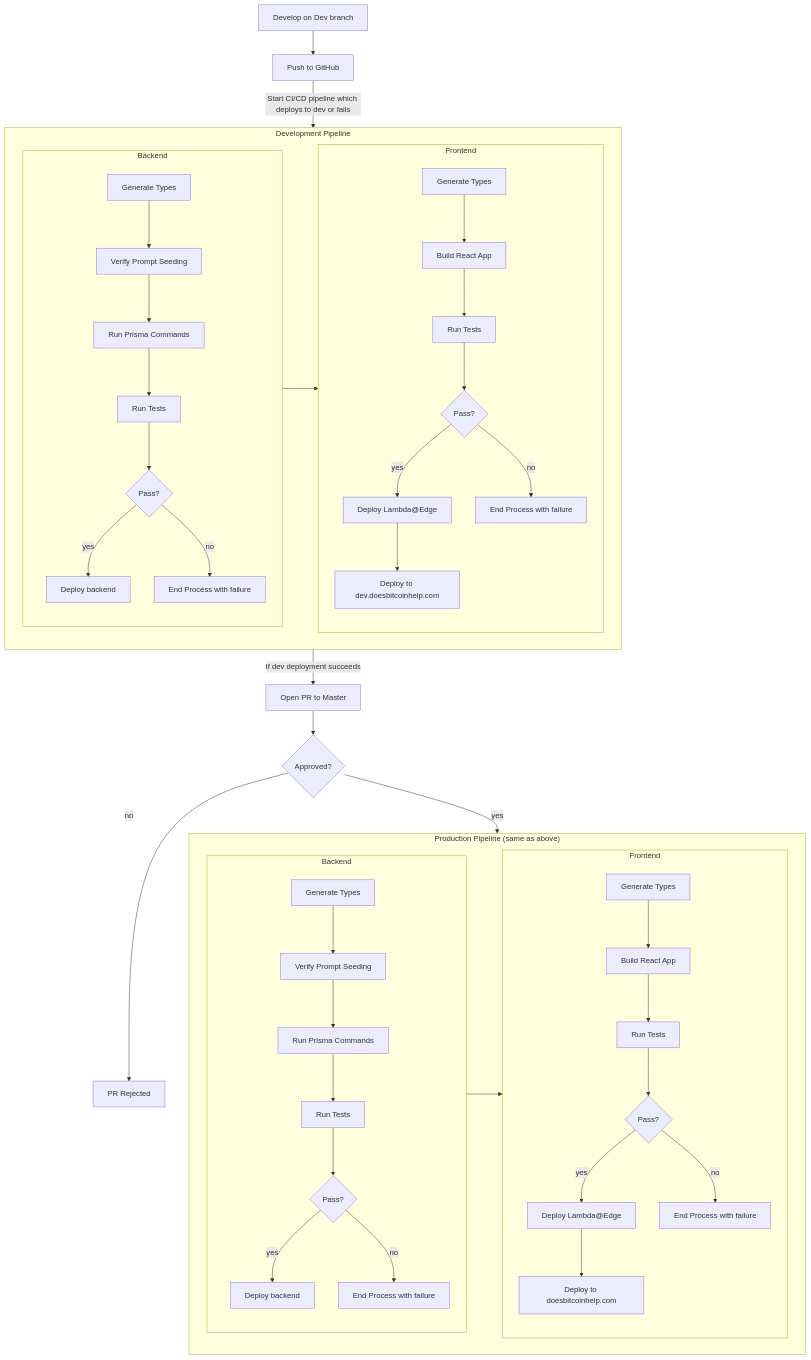
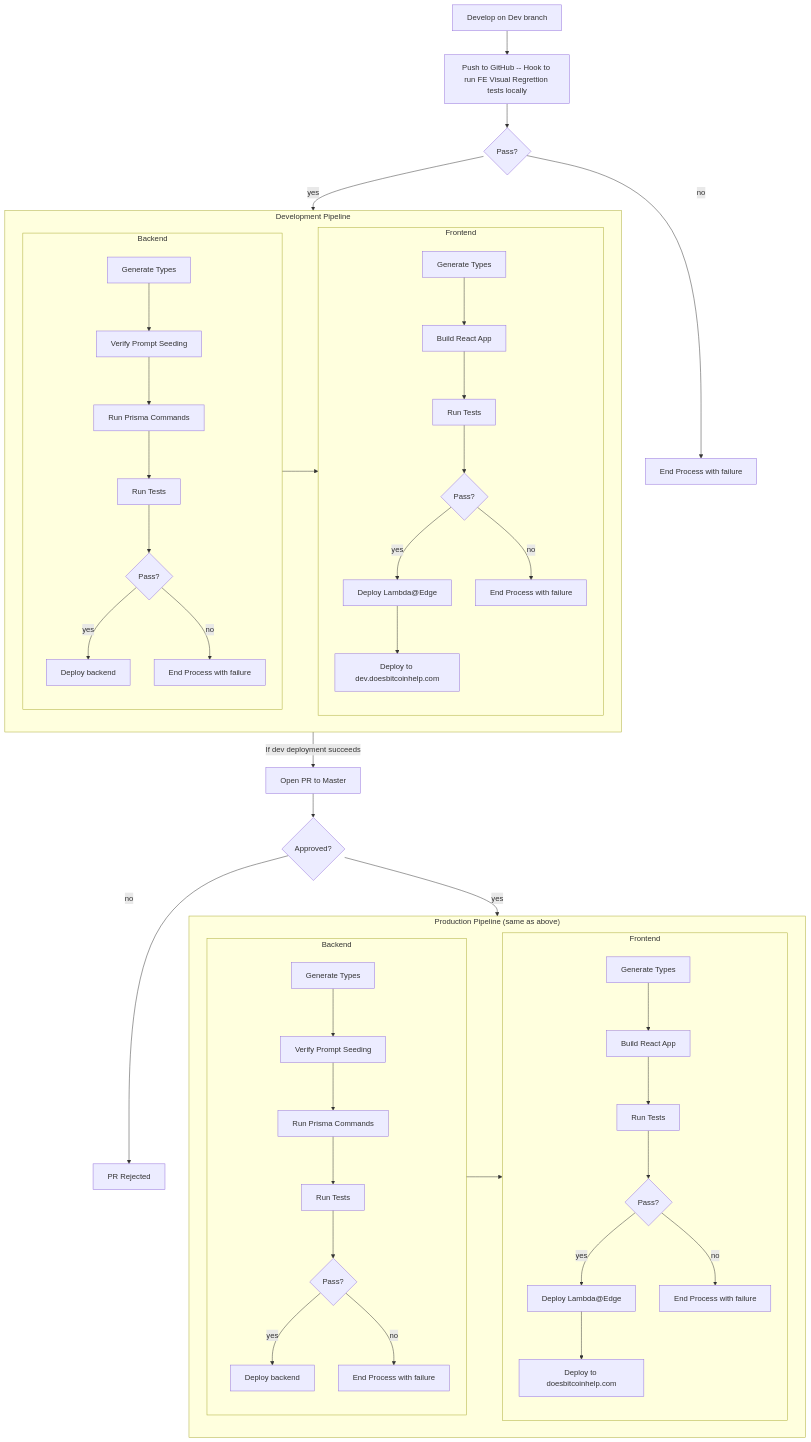
Before and after one commit to GildedPleb/bitcoin-helps: the third of 3 diagrams in README.md, drawn with Mermaid. The commit also changed other lines of this file and 1 other file, not shown here.

Commit message:
Update REadme and sls

````diff
--- a/README.md
+++ b/README.md
@@ -187,59 +190,61 @@
 ```mermaid
 flowchart TB
 
-    DevCode[Develop on Dev branch] --> DevPushToGH[Push to GitHub]
-    DevPushToGH -->|Start CI/CD pipeline which deploys to dev or fails| devCICD
+    DevCode[Develop on Dev branch] --> DevPushToGH[Push to GitHub -- Hook to run FE Visual Regrettion tests locally]
+    DevPushToGH --> LocalE2E{Pass?}
+    LocalE2E -- yes --> devCICD
+    LocalE2E -- no --> EndHook["End Process with failure"]
 
     subgraph devCICD["Development Pipeline"]
       direction LR
       subgraph devBackend["Backend"]
         DevTypeGen[Generate Types]
         DevTypeGen --> SeedVerify["Verify Prompt Seeding"]
         SeedVerify --> DevPrismaCmd[Run Prisma Commands]
         DevPrismaCmd --> DevTests[Run Tests]
         DevTests --> DeployToDev{Pass?}
         DeployToDev -- yes --> DeployDev["Deploy backend"]
         DeployToDev -- no --> EndDev["End Process with failure"]
       end
       subgraph devFrontend["Frontend"]
         DevBuild[Generate Types]
         DevBuild --> DevBuildReact["Build React App"]
         DevBuildReact --> DevFrontEndTests[Run Tests]
         DevFrontEndTests --> DeployFEToDev{Pass?}
         DeployFEToDev -- yes --> DeployFELambda["Deploy Lambda@Edge"]
         DeployFELambda --> DeployFEDev["Deploy to dev.doesbitcoinhelp.com"]
         DeployFEToDev -- no --> EndFEDev["End Process with failure"]
       end
       devBackend --> devFrontend
     end
 
     devCICD -->|If dev deployment succeeds| ProdPR[Open PR to Master]
     ProdPR --> ProdApproval{Approved?}
     ProdApproval -- yes --> ProdMerge[Merge PR]
     ProdApproval -- no --> EndMasterDeploy["PR Rejected"]
 
     subgraph ProdMerge["Production Pipeline (same as above)"]
       direction LR
       subgraph prodBackend["Backend"]
         ProdTypeGen[Generate Types]
         ProdTypeGen --> ProdSeedVerify["Verify Prompt Seeding"]
         ProdSeedVerify --> ProdPrismaCmd[Run Prisma Commands]
         ProdPrismaCmd --> ProdTests[Run Tests]
         ProdTests --> DeployToProd{Pass?}
         DeployToProd -- yes --> DeployProd["Deploy backend"]
         DeployToProd -- no --> EndProd["End Process with failure"]
       end
       subgraph prodFrontend["Frontend"]
         ProdBuild[Generate Types]
         ProdBuild --> ProdBuildReact["Build React App"]
         ProdBuildReact --> ProdFrontEndTests[Run Tests]
         ProdFrontEndTests --> DeployFEToProd{Pass?}
         DeployFEToProd -- yes --> DeployFELambdaProd["Deploy Lambda@Edge"]
         DeployFELambdaProd --> DeployFEProd["Deploy to doesbitcoinhelp.com"]
         DeployFEToProd -- no --> EndFEProd["End Process with failure"]
 
       end
       prodBackend --> prodFrontend
     end
 
 ```
````
